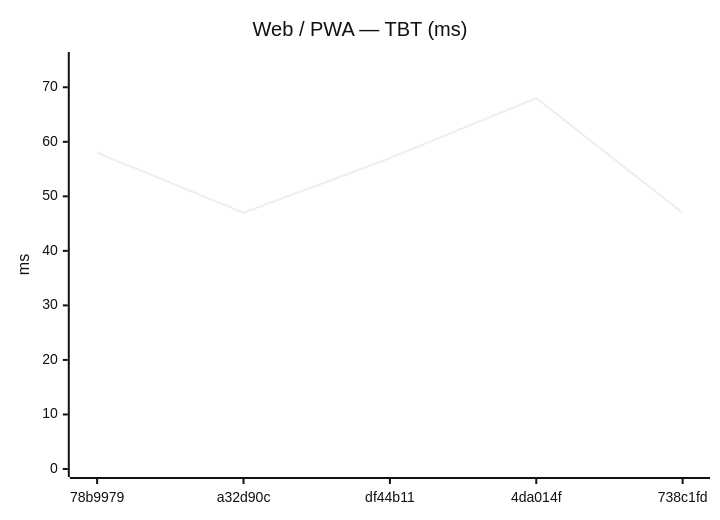
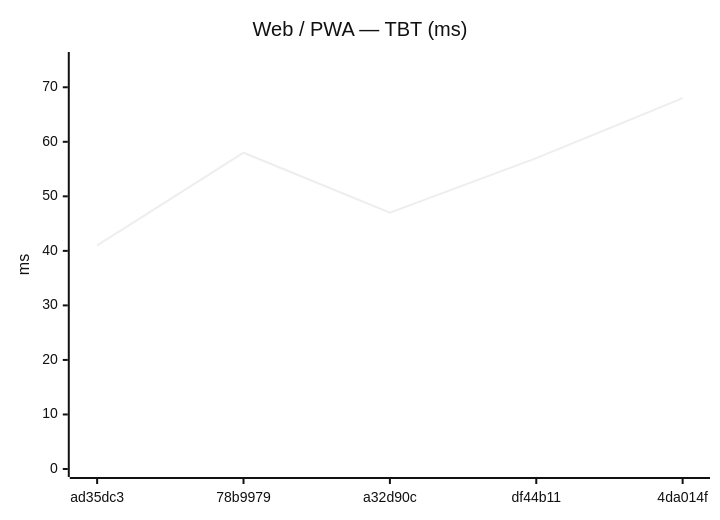
Before and after one commit to Metaheurist/Rianell: the tenth of 24 diagrams in benchmarks/compare.md, drawn with Mermaid (neutral theme). The commit also changed other lines of this file and 12 other files, not shown here.

````diff
--- a/benchmarks/compare.md
+++ b/benchmarks/compare.md
@@ -151,7 +151,7 @@
 ```mermaid
 xychart-beta
     title "Web / PWA — TBT (ms)"
-    x-axis ["78b9979", "a32d90c", "df44b11", "4da014f", "738c1fd"]
+    x-axis ["ad35dc3", "78b9979", "a32d90c", "df44b11", "4da014f"]
     y-axis "ms" 0 --> 75
-    line [58, 47, 57, 68, 47]
+    line [41, 58, 47, 57, 68]
 ```
````
